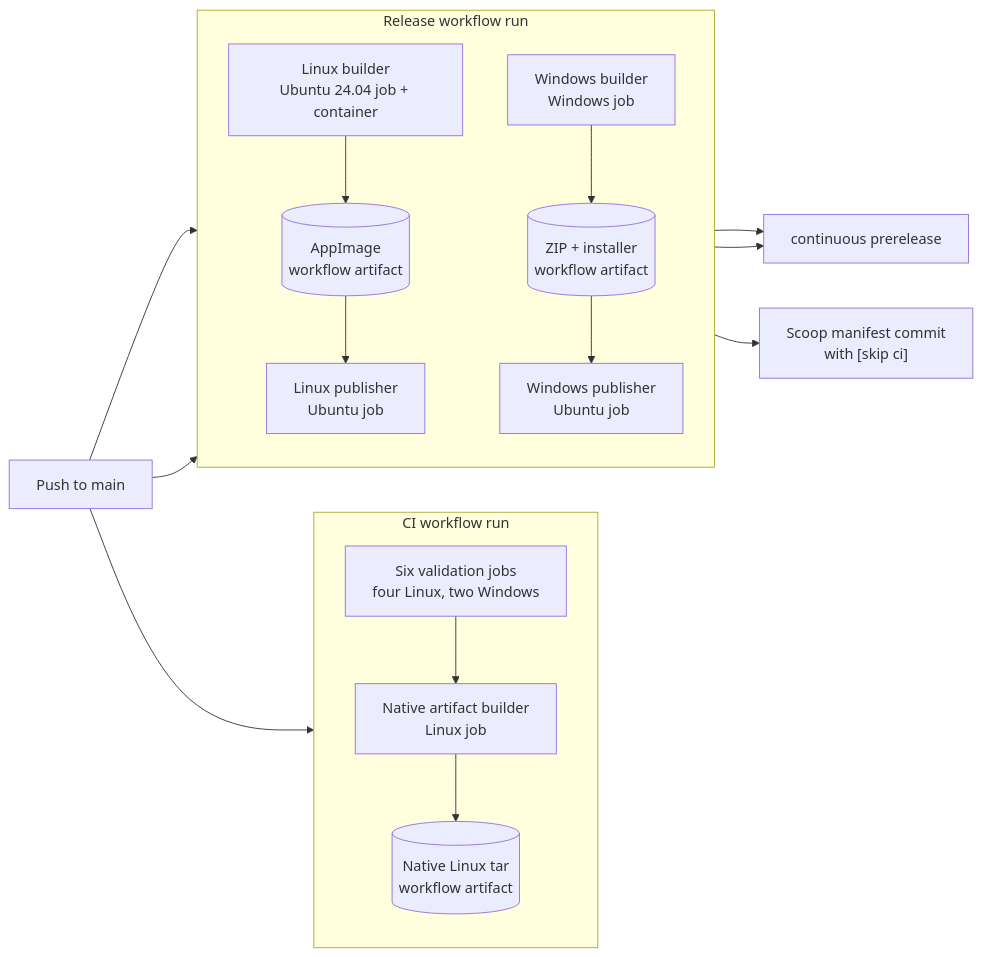
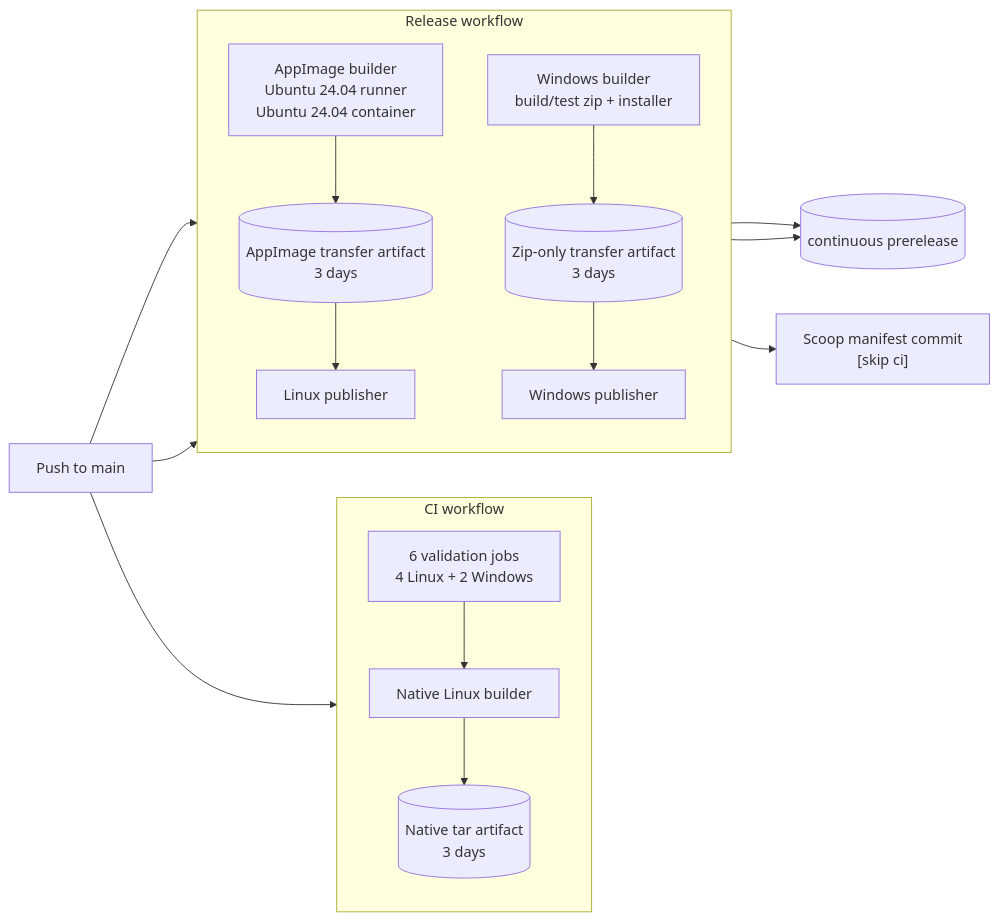
The diagram in docs/agent_reports/github-actions-main-push-report.md (nexdep/syodep), drawn with Mermaid before and after one commit. The commit also changed other lines of this file, not shown here.

Commit message:
docs: rebuild main push Actions report

````diff
--- a/docs/agent_reports/github-actions-main-push-report.md
+++ b/docs/agent_reports/github-actions-main-push-report.md
@@ -65,29 +67,29 @@
 ```mermaid
 flowchart LR
     push["Push to main"]
 
-    subgraph ci["CI workflow run"]
+    subgraph validation["CI workflow"]
         direction TB
-        ci_checks["Six validation jobs<br/>four Linux, two Windows"]
-        ci_checks --> ci_builder["Native artifact builder<br/>Linux job"]
-        ci_builder --> native_tar[("Native Linux tar<br/>workflow artifact")]
+        checks["6 validation jobs<br/>4 Linux + 2 Windows"]
+        checks --> nativeBuilder["Native Linux builder"]
+        nativeBuilder --> nativeArtifact[("Native tar artifact<br/>3 days")]
     end
 
-    subgraph release["Release workflow run"]
+    subgraph delivery["Release workflow"]
         direction TB
-        linux_builder["Linux builder<br/>Ubuntu 24.04 job + container"]
-        linux_builder --> appimage[("AppImage<br/>workflow artifact")]
-        appimage --> linux_publisher["Linux publisher<br/>Ubuntu job"]
+        linuxBuilder["AppImage builder<br/>Ubuntu 24.04 runner<br/>Ubuntu 24.04 container"]
+        linuxBuilder --> appArtifact[("AppImage transfer artifact<br/>3 days")]
+        appArtifact --> linuxPublisher["Linux publisher"]
 
-        windows_builder["Windows builder<br/>Windows job"]
-        windows_builder --> windows_packages[("ZIP + installer<br/>workflow artifact")]
-        windows_packages --> windows_publisher["Windows publisher<br/>Ubuntu job"]
+        windowsBuilder["Windows builder<br/>build/test zip + installer"]
+        windowsBuilder --> winArtifact[("Zip-only transfer artifact<br/>3 days")]
+        winArtifact --> windowsPublisher["Windows publisher"]
     end
 
-    push --> ci_checks
-    push --> linux_builder
-    push --> windows_builder
-    linux_publisher --> rolling["continuous prerelease"]
-    windows_publisher --> rolling
-    windows_publisher --> scoop["Scoop manifest commit<br/>with [skip ci]"]
+    push --> checks
+    push --> linuxBuilder
+    push --> windowsBuilder
+    linuxPublisher --> rolling[("continuous prerelease")]
+    windowsPublisher --> rolling
+    windowsPublisher --> scoop["Scoop manifest commit<br/>[skip ci]"]
 ```
````
